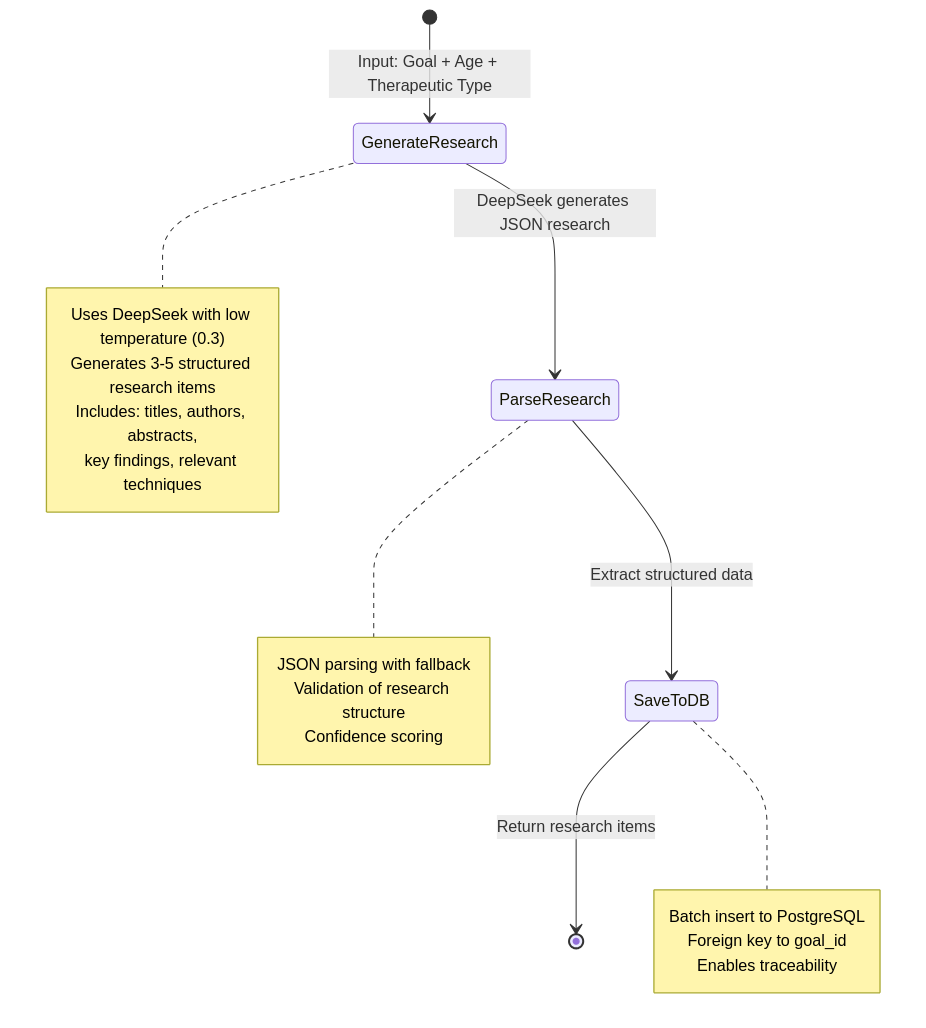
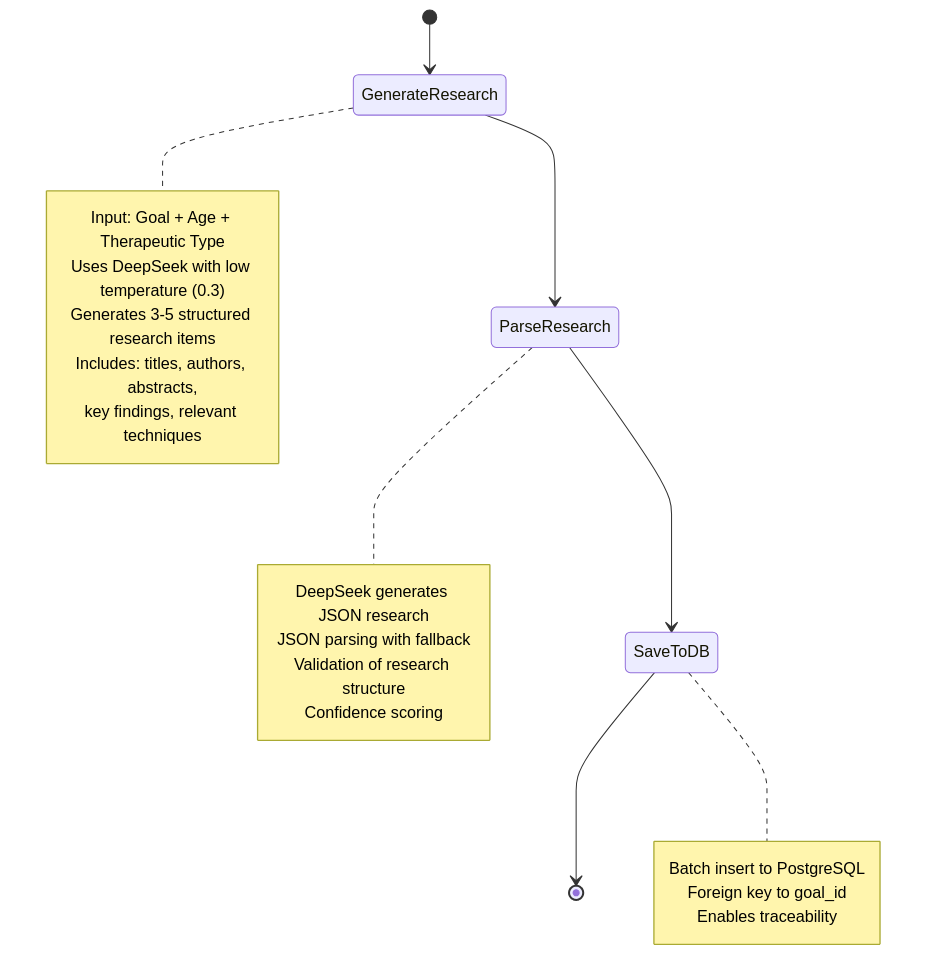
Before and after one commit to nicolad/vadim.blog: the second of 6 diagrams in blog/2026/01-18-langgraph-tts-therapeutic-audio-architecture/index.md, drawn with Mermaid. The commit also changed other lines of this file and 3 other files, not shown here.

Commit message:
Schema-First RAG with Eval-Gated Grounding and Claim-Card Provenance

````diff
--- a/blog/2026/01-18-langgraph-tts-therapeutic-audio-architecture/index.md
+++ b/blog/2026/01-18-langgraph-tts-therapeutic-audio-architecture/index.md
@@ -93,27 +93,29 @@
 ```mermaid
 stateDiagram-v2
-    [*] --> GenerateResearch: Input: Goal + Age + Therapeutic Type
+    [*] --> GenerateResearch
     
-    GenerateResearch --> ParseResearch: DeepSeek generates JSON research
-    ParseResearch --> SaveToDB: Extract structured data
-    SaveToDB --> [*]: Return research items
+    GenerateResearch --> ParseResearch
+    ParseResearch --> SaveToDB
+    SaveToDB --> [*]
     
     note right of GenerateResearch
+        Input: Goal + Age + Therapeutic Type
         Uses DeepSeek with low temperature (0.3)
         Generates 3-5 structured research items
         Includes: titles, authors, abstracts,
         key findings, relevant techniques
     end note
     
     note right of ParseResearch
+        DeepSeek generates JSON research
         JSON parsing with fallback
         Validation of research structure
         Confidence scoring
     end note
     
     note right of SaveToDB
         Batch insert to PostgreSQL
         Foreign key to goal_id
         Enables traceability
     end note
 ```
````
